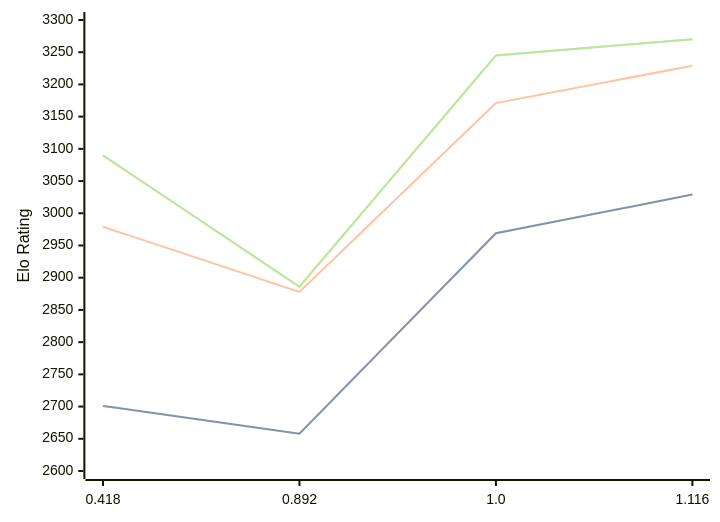
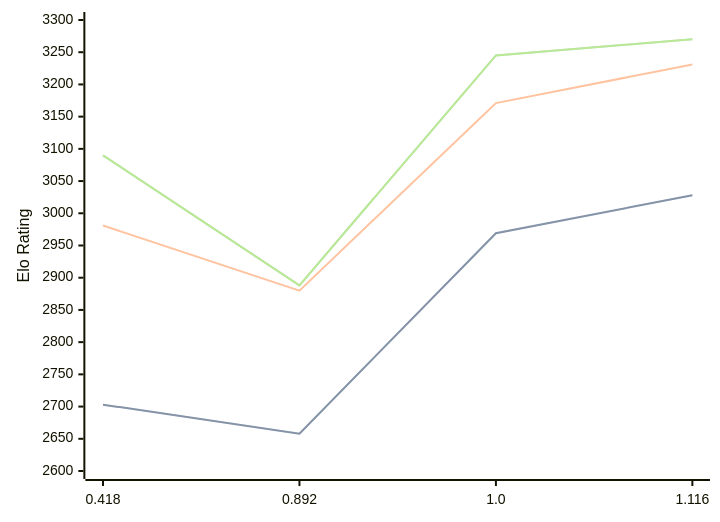
The third of 3 diagrams in engines/Malika.md (computer-chess-index/cci), drawn with Mermaid before and after one commit. The commit also changed other lines of this file, not shown here.

Commit message:
Update CCI Ratings (ELO VLTC) - 2026-07-08

````diff
--- a/engines/Malika.md
+++ b/engines/Malika.md
@@ -67,11 +67,11 @@
 ```mermaid
 %%{init: {"theme":"base","themeVariables":{"seriesColors:['#a3a3a3','#222221','#faa371']}}}%%
 xychart-beta
   x-axis ["0.418", "0.892", "1.0", "1.116"]
   y-axis "Elo Rating" 2600 --> 3300
-  line "STC (8.0+0.08s)" [2701, 2658, 2969, 3029]
-  line "STC (8.0+0.08s)" [2701, 2658, 2969, 3029]
-  line "LTC (60.0+0.60s)" [2979, 2878, 3171, 3229]
-  line "VLTC (2m24s+1.12s)" [3090, 2886, 3245, 3270]
-  line "VLTC (2m24s+1.12s)" [3090, 2886, 3245, 3270]
+  line "STC (8.0+0.08s)" [2703, 2658, 2969, 3028]
+  line "STC (8.0+0.08s)" [2703, 2658, 2969, 3028]
+  line "LTC (60.0+0.60s)" [2981, 2880, 3171, 3231]
+  line "VLTC (2m24s+1.12s)" [3090, 2888, 3245, 3270]
+  line "VLTC (2m24s+1.12s)" [3090, 2888, 3245, 3270]
 ```
````
